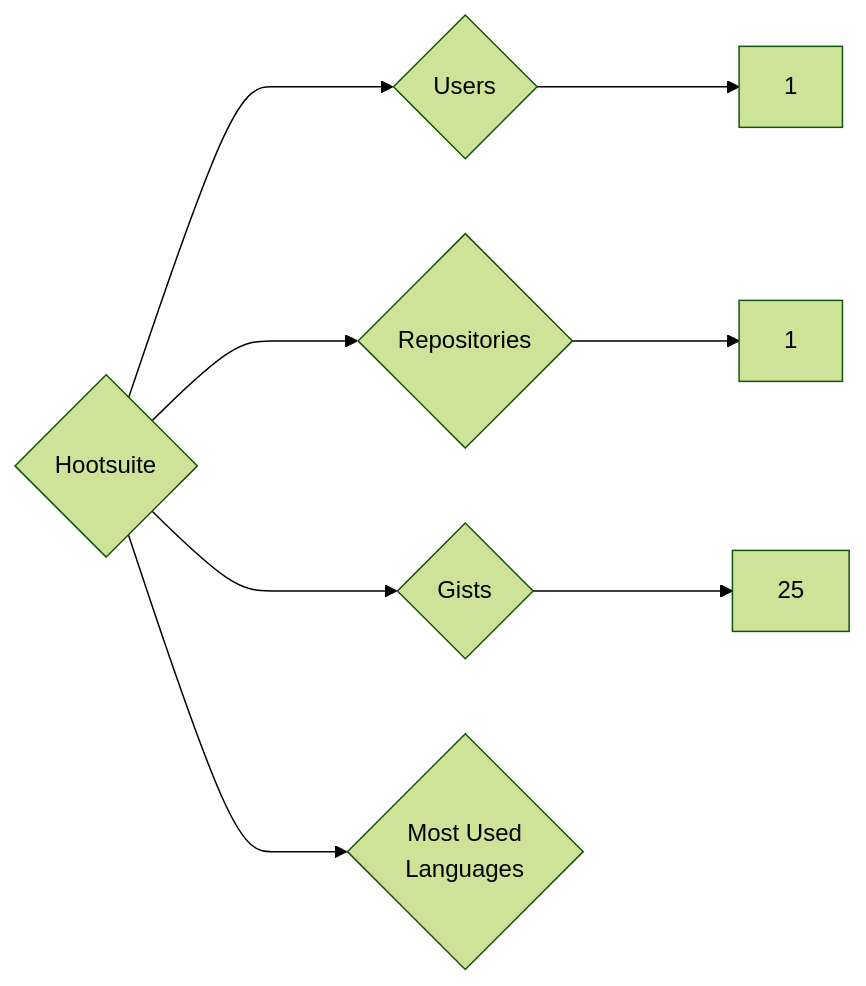
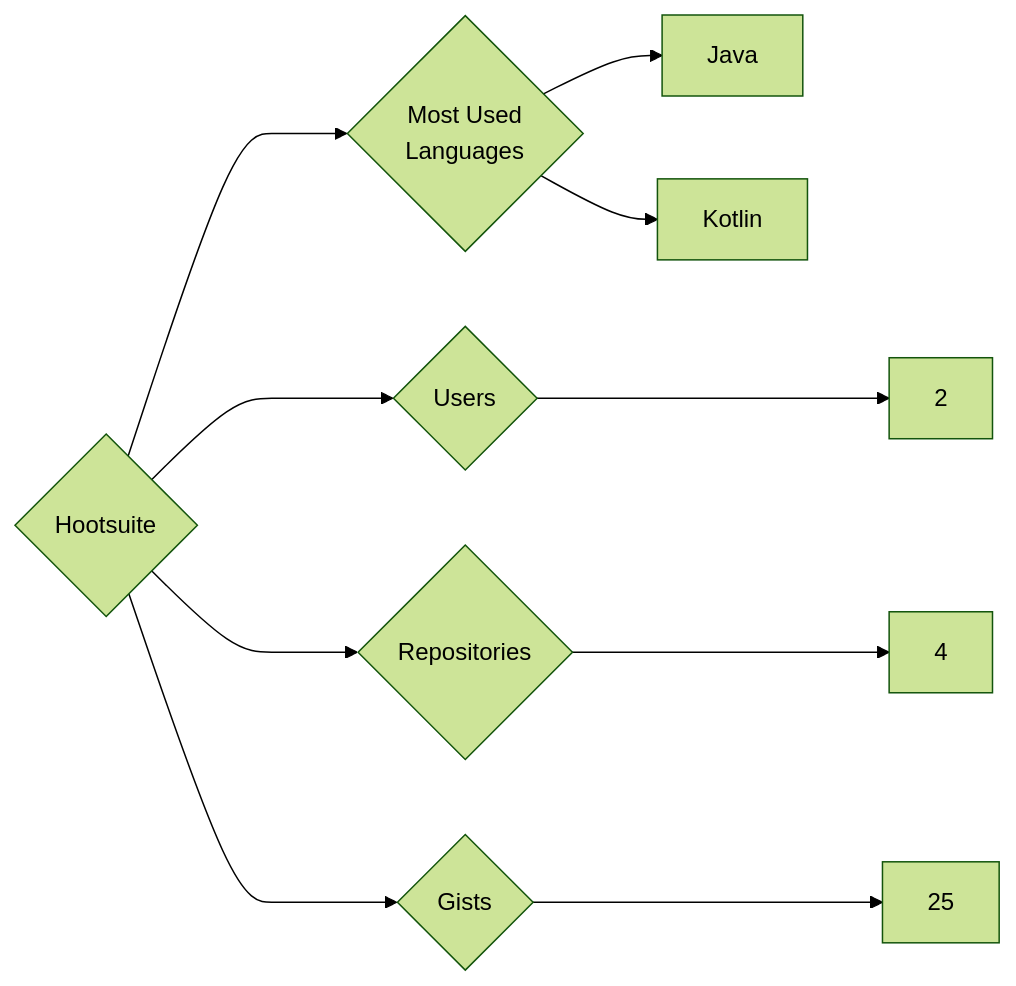
Before and after one commit to trickest/insiders: the diagram in targets/Hootsuite/README.md, drawn with Mermaid (forest theme). The commit also changed 1003 other files, not shown here.

````diff
--- a/targets/Hootsuite/README.md
+++ b/targets/Hootsuite/README.md
@@ -3,8 +3,10 @@
 ```mermaid
 graph LR
 COMPANY_NAME{Hootsuite}
-COMPANY_NAME ---> U{Users} ---> UN[1]
-COMPANY_NAME ---> R{Repositories} ---> RN[1]
+COMPANY_NAME ---> U{Users} ---> UN[2]
+COMPANY_NAME ---> R{Repositories} ---> RN[4]
 COMPANY_NAME ---> G{Gists} ---> GN[25]
 COMPANY_NAME ---> ML{Most Used<br>Languages}
+ML --> Java[Java]
+ML --> Kotlin[Kotlin]
 ```
````
